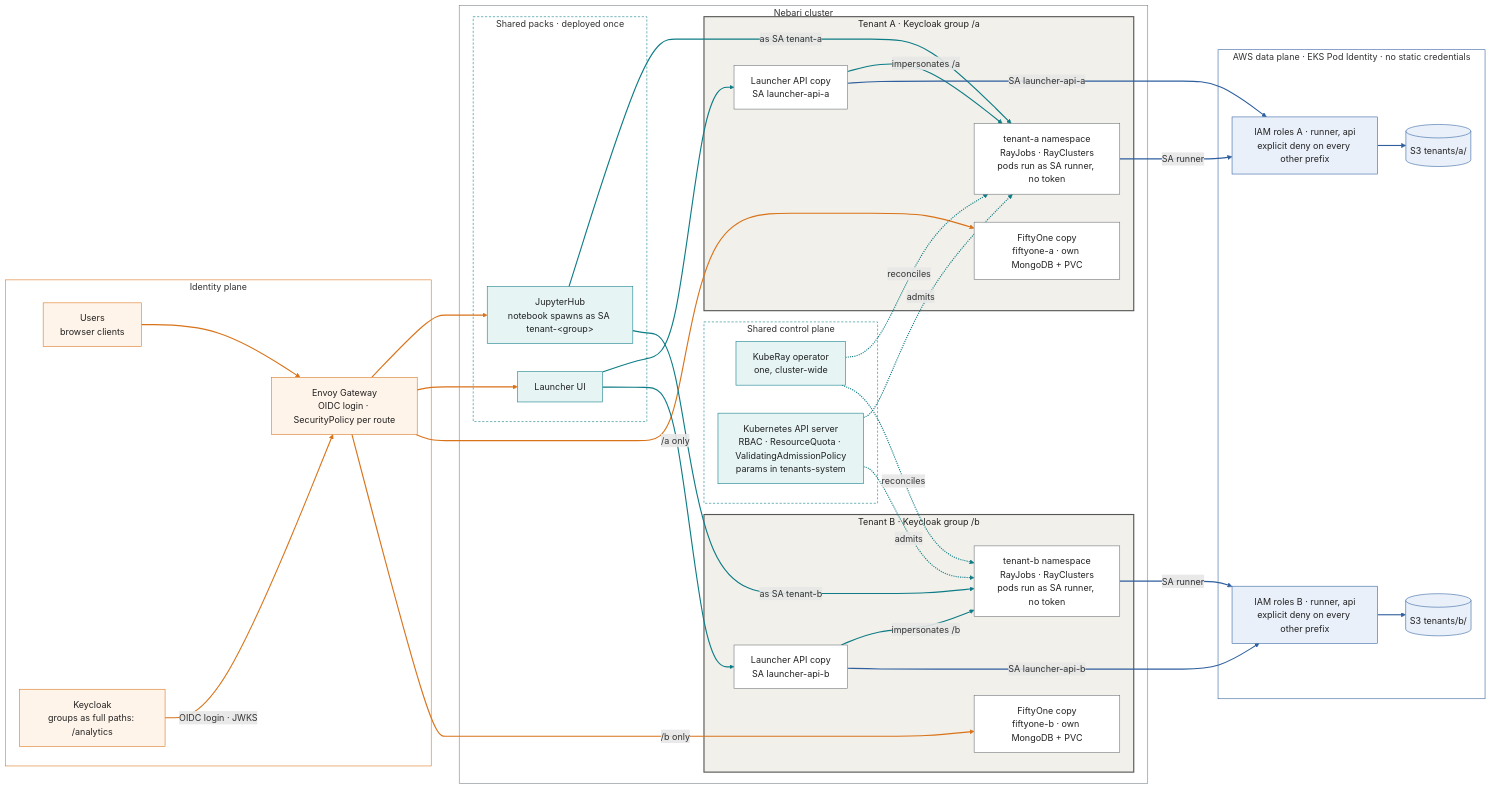
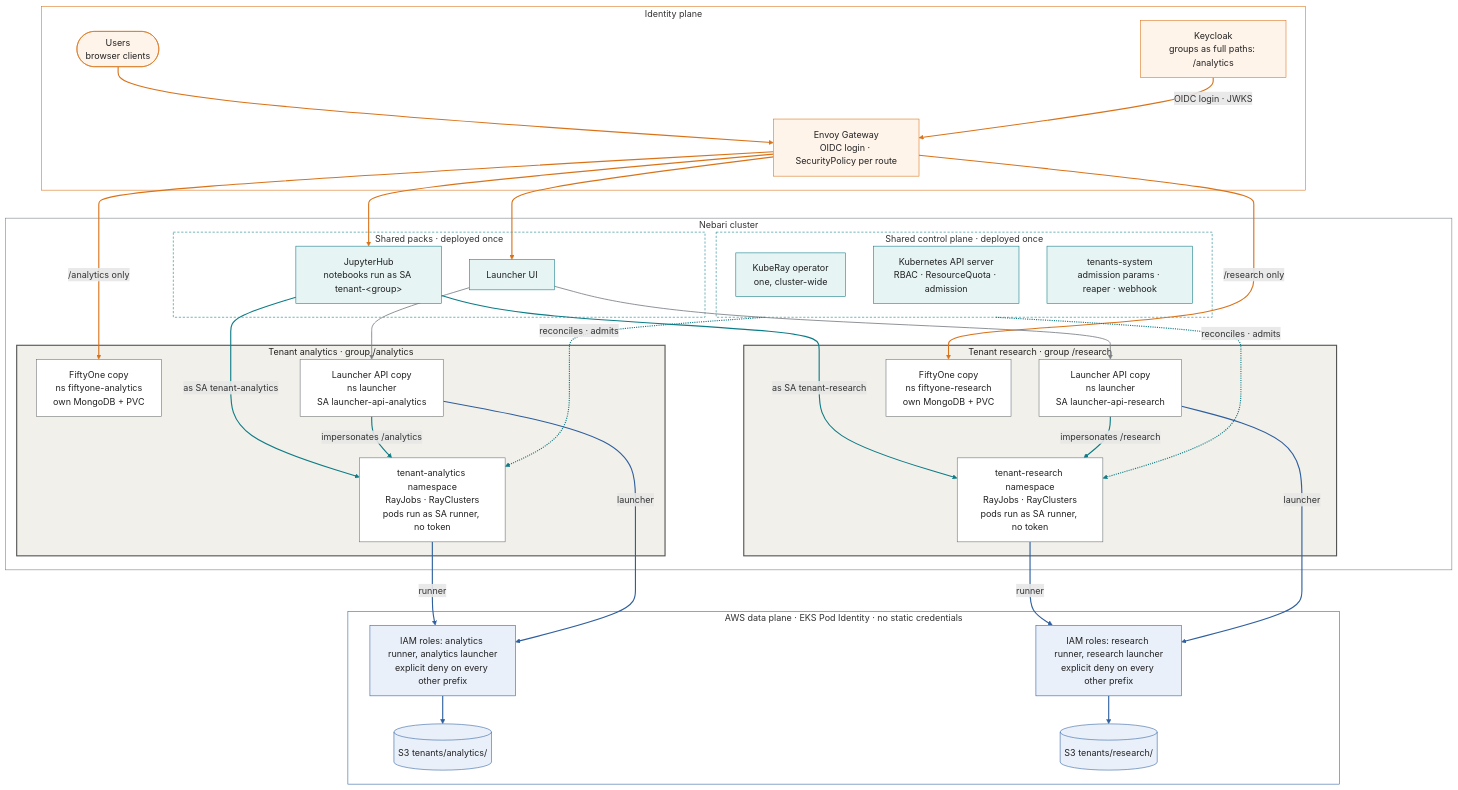
One commit to nebari-dev/nebari-infrastructure-core changed the first of 3 diagrams in docs/design-doc/implementation/19-multi-tenancy.md. Above: the diagram before and after it, drawn with Mermaid. The commit also changed other lines of this file, not shown here.

First line of the commit message:
docs(design): clarify the multi-tenancy doc and redraw its diagrams

````diff
--- a/docs/design-doc/implementation/19-multi-tenancy.md
+++ b/docs/design-doc/implementation/19-multi-tenancy.md
@@ -14,97 +32,77 @@
 ```mermaid
-flowchart LR
+flowchart TB
   subgraph identity["Identity plane"]
-    users["Users<br/>browser clients"]
+    users(["Users<br/>browser clients"])
     kc["Keycloak<br/>groups as full paths: /analytics"]
     gw["Envoy Gateway<br/>OIDC login · SecurityPolicy per route"]
   end
   subgraph cluster["Nebari cluster"]
-    subgraph sharedp["Shared packs · deployed once"]
-      hub["JupyterHub<br/>notebook spawns as SA tenant-&lt;group&gt;"]
+    subgraph packs["Shared packs · deployed once"]
+      hub["JupyterHub<br/>notebooks run as SA tenant-&lt;group&gt;"]
       ui["Launcher UI"]
     end
-    subgraph control["Shared control plane"]
+    subgraph control["Shared control plane · deployed once"]
       kuberay["KubeRay operator<br/>one, cluster-wide"]
-      tsys["Kubernetes API server<br/>RBAC · ResourceQuota · ValidatingAdmissionPolicy<br/>params in tenants-system"]
+      apisrv["Kubernetes API server<br/>RBAC · ResourceQuota · admission"]
+      tsys["tenants-system<br/>admission params · reaper · webhook"]
     end
-    subgraph tenantA["Tenant A · Keycloak group /a"]
-      apiA["Launcher API copy<br/>SA launcher-api-a"]
-      nsA["tenant-a namespace<br/>RayJobs · RayClusters<br/>pods run as SA runner, no token"]
-      foA["FiftyOne copy<br/>fiftyone-a · own MongoDB + PVC"]
+    subgraph tA["Tenant analytics · group /analytics"]
+      foA["FiftyOne copy<br/>ns fiftyone-analytics<br/>own MongoDB + PVC"]
+      apiA["Launcher API copy<br/>ns launcher<br/>SA launcher-api-analytics"]
+      nsA["tenant-analytics namespace<br/>RayJobs · RayClusters<br/>pods run as SA runner, no token"]
     end
-    subgraph tenantB["Tenant B · Keycloak group /b"]
-      apiB["Launcher API copy<br/>SA launcher-api-b"]
-      nsB["tenant-b namespace<br/>RayJobs · RayClusters<br/>pods run as SA runner, no token"]
-      foB["FiftyOne copy<br/>fiftyone-b · own MongoDB + PVC"]
+    subgraph tB["Tenant research · group /research"]
+      apiB["Launcher API copy<br/>ns launcher<br/>SA launcher-api-research"]
+      foB["FiftyOne copy<br/>ns fiftyone-research<br/>own MongoDB + PVC"]
+      nsB["tenant-research namespace<br/>RayJobs · RayClusters<br/>pods run as SA runner, no token"]
     end
   end
   subgraph aws["AWS data plane · EKS Pod Identity · no static credentials"]
-    roleA["IAM roles A · runner, api<br/>explicit deny on every other prefix"]
-    s3A[("S3 tenants/a/")]
-    roleB["IAM roles B · runner, api<br/>explicit deny on every other prefix"]
-    s3B[("S3 tenants/b/")]
+    roleA["IAM roles: analytics runner, analytics launcher<br/>explicit deny on every other prefix"]
+    s3A[("S3 tenants/analytics/")]
+    roleB["IAM roles: research runner, research launcher<br/>explicit deny on every other prefix"]
+    s3B[("S3 tenants/research/")]
   end
   users --> gw
   kc -->|"OIDC login · JWKS"| gw
   gw --> hub
   gw --> ui
-  gw -->|"/a only"| foA
-  gw -->|"/b only"| foB
-  hub -->|"as SA tenant-a"| nsA
-  hub -->|"as SA tenant-b"| nsB
+  gw -->|"/analytics only"| foA
+  gw -->|"/research only"| foB
   ui --> apiA
   ui --> apiB
-  apiA -->|"impersonates /a"| nsA
-  apiB -->|"impersonates /b"| nsB
-  kuberay -.->|"reconciles"| nsA
-  kuberay -.->|"reconciles"| nsB
-  tsys -.->|"admits"| nsA
-  tsys -.->|"admits"| nsB
-  nsA -->|"SA runner"| roleA
-  apiA -->|"SA launcher-api-a"| roleA
+  hub -->|"as SA tenant-analytics"| nsA
+  hub -->|"as SA tenant-research"| nsB
+  apiA -->|"impersonates /analytics"| nsA
+  apiB -->|"impersonates /research"| nsB
+  control -.->|"reconciles · admits"| nsA
+  control -.->|"reconciles · admits"| nsB
+  nsA -->|"runner"| roleA
+  apiA -->|"launcher"| roleA
   roleA --> s3A
-  nsB -->|"SA runner"| roleB
-  apiB -->|"SA launcher-api-b"| roleB
+  nsB -->|"runner"| roleB
+  apiB -->|"launcher"| roleB
   roleB --> s3B
-  hub ~~~ kuberay
-  ui ~~~ tsys
-  apiA ~~~ foA
-  apiB ~~~ foB
-  linkStyle 0 stroke:#d9731a,stroke-width:2px
-  linkStyle 1 stroke:#d9731a,stroke-width:2px
-  linkStyle 2 stroke:#d9731a,stroke-width:2px
-  linkStyle 3 stroke:#d9731a,stroke-width:2px
-  linkStyle 4 stroke:#d9731a,stroke-width:2px
-  linkStyle 5 stroke:#d9731a,stroke-width:2px
-  linkStyle 6 stroke:#0e7c86,stroke-width:2px
-  linkStyle 7 stroke:#0e7c86,stroke-width:2px
-  linkStyle 8 stroke:#0e7c86,stroke-width:2px
-  linkStyle 9 stroke:#0e7c86,stroke-width:2px
-  linkStyle 10 stroke:#0e7c86,stroke-width:2px
-  linkStyle 11 stroke:#0e7c86,stroke-width:2px
-  linkStyle 12 stroke:#0e7c86,stroke-width:2px
-  linkStyle 13 stroke:#0e7c86,stroke-width:2px
-  linkStyle 14 stroke:#0e7c86,stroke-width:2px
-  linkStyle 15 stroke:#0e7c86,stroke-width:2px
-  linkStyle 16 stroke:#2f5f9e,stroke-width:2px
-  linkStyle 17 stroke:#2f5f9e,stroke-width:2px
-  linkStyle 18 stroke:#2f5f9e,stroke-width:2px
-  linkStyle 19 stroke:#2f5f9e,stroke-width:2px
-  linkStyle 20 stroke:#2f5f9e,stroke-width:2px
-  linkStyle 21 stroke:#2f5f9e,stroke-width:2px
+  gw ~~~ kuberay
+  gw ~~~ apisrv
+  gw ~~~ tsys
+  linkStyle 0,1,2,3,4,5 stroke:#d9731a,stroke-width:2px
+  linkStyle 6,7 stroke:#7a7f85,stroke-width:1.5px
+  linkStyle 8,9,10,11,12,13 stroke:#0e7c86,stroke-width:2px
+  linkStyle 14,15,16,17,18,19 stroke:#2f5f9e,stroke-width:2px
   classDef ident fill:#fff4ea,stroke:#d9731a,color:#222
   classDef ctlnode fill:#e6f4f4,stroke:#0e7c86,color:#222
   classDef tenant fill:#ffffff,stroke:#6b7075,color:#222
   classDef data fill:#e9f0fa,stroke:#2f5f9e,color:#222
   class users,gw,kc ident
-  class hub,ui,kuberay,tsys ctlnode
+  class hub,ui,kuberay,apisrv,tsys ctlnode
   class nsA,apiA,foA,nsB,apiB,foB tenant
   class roleA,s3A,roleB,s3B data
   style identity fill:none,stroke:#d9731a
   style cluster fill:none,stroke:#7a7f85
-  style sharedp fill:none,stroke:#0e7c86,stroke-dasharray:4 3
+  style packs fill:none,stroke:#0e7c86,stroke-dasharray:4 3
   style control fill:none,stroke:#0e7c86,stroke-dasharray:4 3
-  style tenantA fill:#f2f0ea,stroke:#555,stroke-width:2px,color:#222
-  style tenantB fill:#f2f0ea,stroke:#555,stroke-width:2px,color:#222
+  style tA fill:#f2f0ea,stroke:#555,stroke-width:2px,color:#222
+  style tB fill:#f2f0ea,stroke:#555,stroke-width:2px,color:#222
   style aws fill:none,stroke:#2f5f9e
 ```
````
